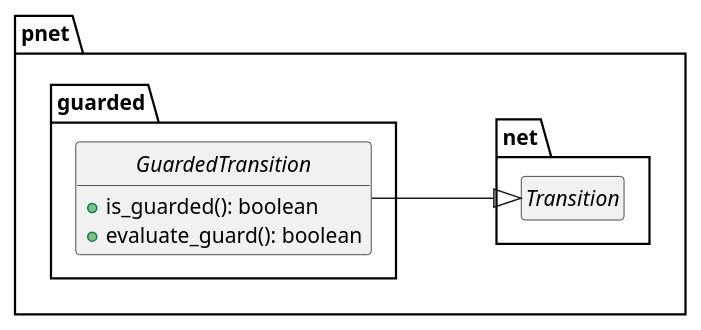
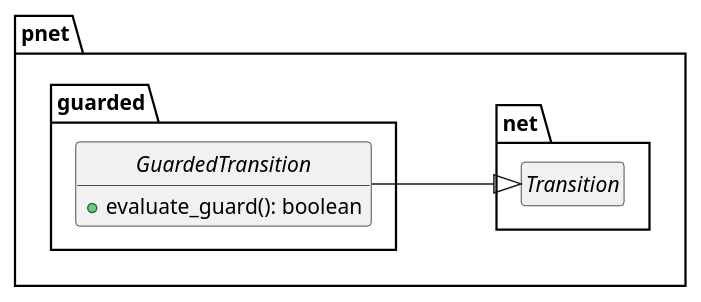
One commit to johnstonskj/rust-ptnets changed the ninth of 28 diagrams in doc/index.org. Above: the diagram before and after it, drawn with PlantUML. The commit also changed other lines of this file and 26 other files, not shown here.

```diff
--- a/doc/index.org
+++ b/doc/index.org
@@ -344,21 +520,20 @@
 #+BEGIN_SRC plantuml :file ptnet-model-guarded.svg
 skinparam backgroundColor transparent
 skinparam style strictuml
 skinparam linetype polyline
 skinparam nodesep 100
 
 hide empty members
 
 package pnet {
     package net {
         interface Transition
     }
     package guarded {
         interface GuardedTransition {
-            +is_guarded(): boolean
             +evaluate_guard(): boolean
         }
         GuardedTransition -|> Transition
     }
 }
 #+END_SRC
```
